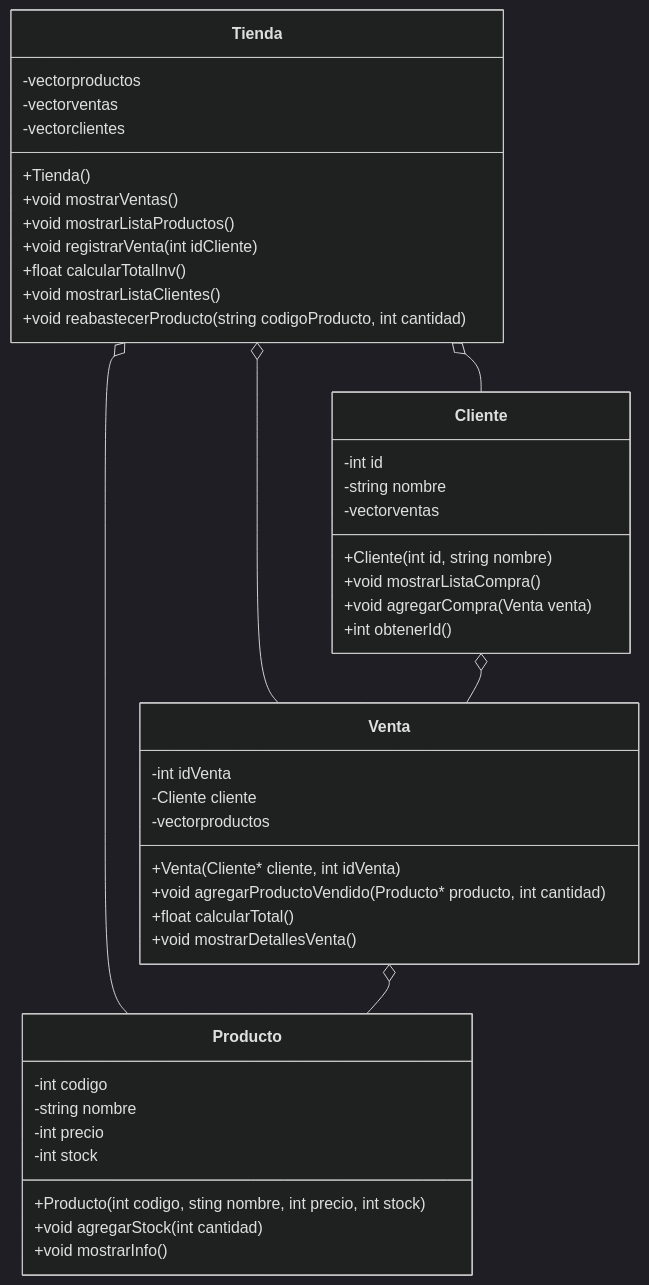
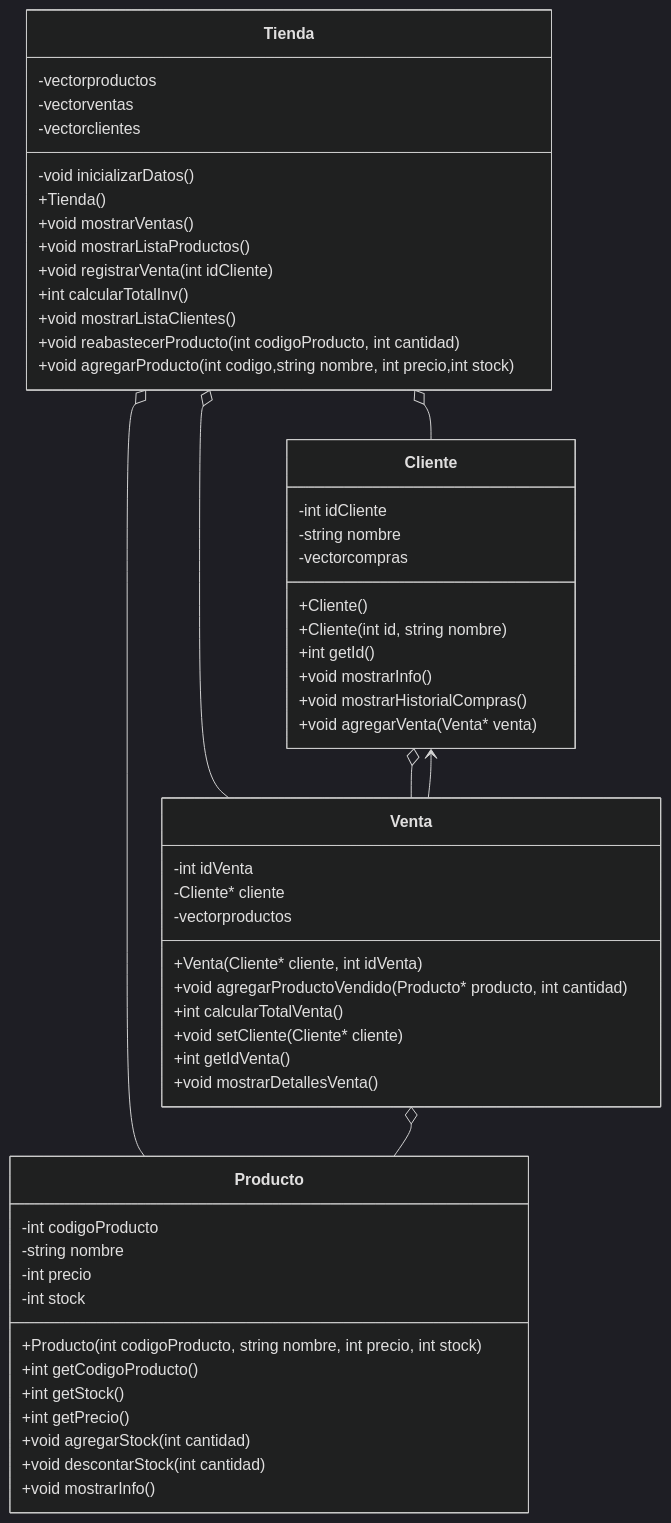
Before and after one commit to 300CIS017-Object-Oriented-Programming/7-practica-cohort2-biomed: the diagram in README.md, drawn with Mermaid (dark theme).

Commit message:
Modificacion del diagrama UML para agregar métodos adicionales propuestos durante la elaboración posterior del código

````diff
--- a/README.md
+++ b/README.md
@@ -144,52 +144,64 @@
 ```mermaid
 classDiagram
 
     class Producto{
-      -int codigo
+      -int codigoProducto
       -string nombre
       -int precio
       -int stock  
-      +Producto(int codigo, sting nombre, int precio, int stock)
+      +Producto(int codigoProducto, string nombre, int precio, int stock)
+      +int getCodigoProducto()
+      +int getStock()
+      +int getPrecio()
       +void agregarStock(int cantidad)
+      +void descontarStock(int cantidad)
       +void mostrarInfo()
     }
     class Cliente{
-      -int id 
+      -int idCliente 
       -string nombre
-      -vector<Venta>ventas
+      -vector<Venta*>compras
+      +Cliente()
       +Cliente(int id, string nombre)
-      +void mostrarListaCompra()
-      +void agregarCompra(Venta venta)
-      +int obtenerId()
+      +int getId()
+      +void mostrarInfo()
+      +void mostrarHistorialCompras()
+      +void agregarVenta(Venta* venta)
+    
     }
     class Venta{
       -int idVenta
-      -Cliente cliente
-      -vector<Producto>productos
+      -Cliente* cliente
+      -vector<Producto*>productos
       +Venta(Cliente* cliente, int idVenta)
       +void agregarProductoVendido(Producto* producto, int cantidad)
-      +float calcularTotal()
+      +int calcularTotalVenta()
+      +void setCliente(Cliente* cliente)
+      +int getIdVenta()
       +void mostrarDetallesVenta()
     }
     class Tienda{
-      -vector<Producto>productos
-      -vector<Venta>ventas
-      -vector<Cliente>clientes
+      -vector<Producto*>productos
+      -vector<Venta*>ventas
+      -vector<Cliente*>clientes
+      -void inicializarDatos()
       +Tienda()
       +void mostrarVentas()
       +void mostrarListaProductos()
       +void registrarVenta(int idCliente)
-      +float calcularTotalInv()
+      +int calcularTotalInv()
       +void mostrarListaClientes()
-      +void reabastecerProducto(string codigoProducto, int cantidad)
+      +void reabastecerProducto(int codigoProducto, int cantidad)
+      +void agregarProducto(int codigo,string nombre, int precio,int stock)
        }
 
 
 
        Tienda o-- Cliente
        Tienda o-- Venta
        Tienda o-- Producto
        Cliente o-- Venta
        Venta o-- Producto
+       Venta --> Cliente
        
 ```
````
